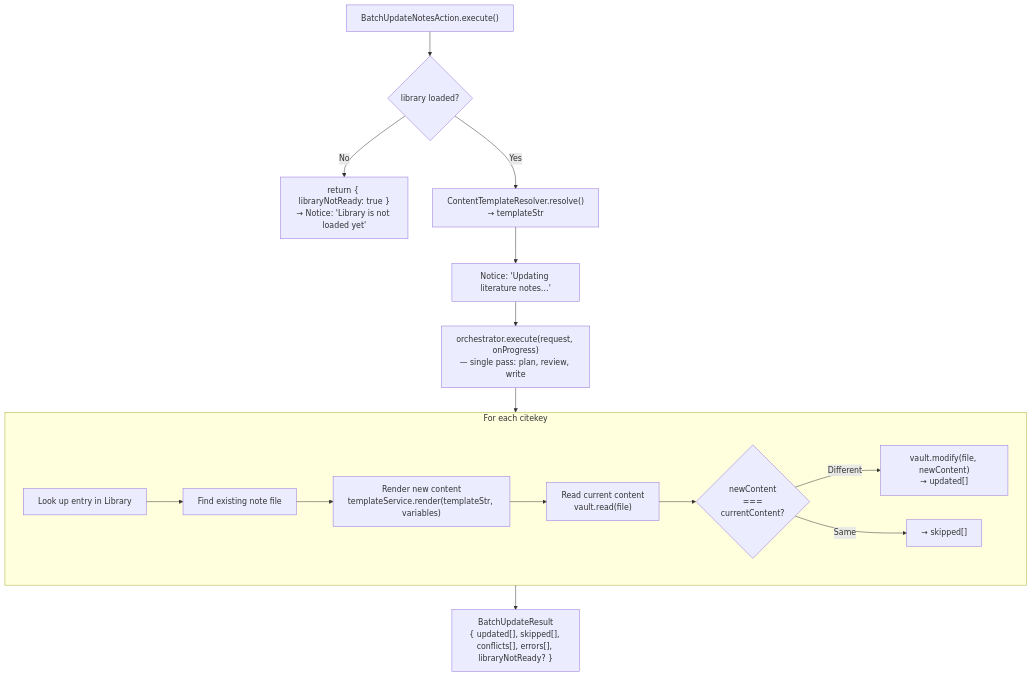
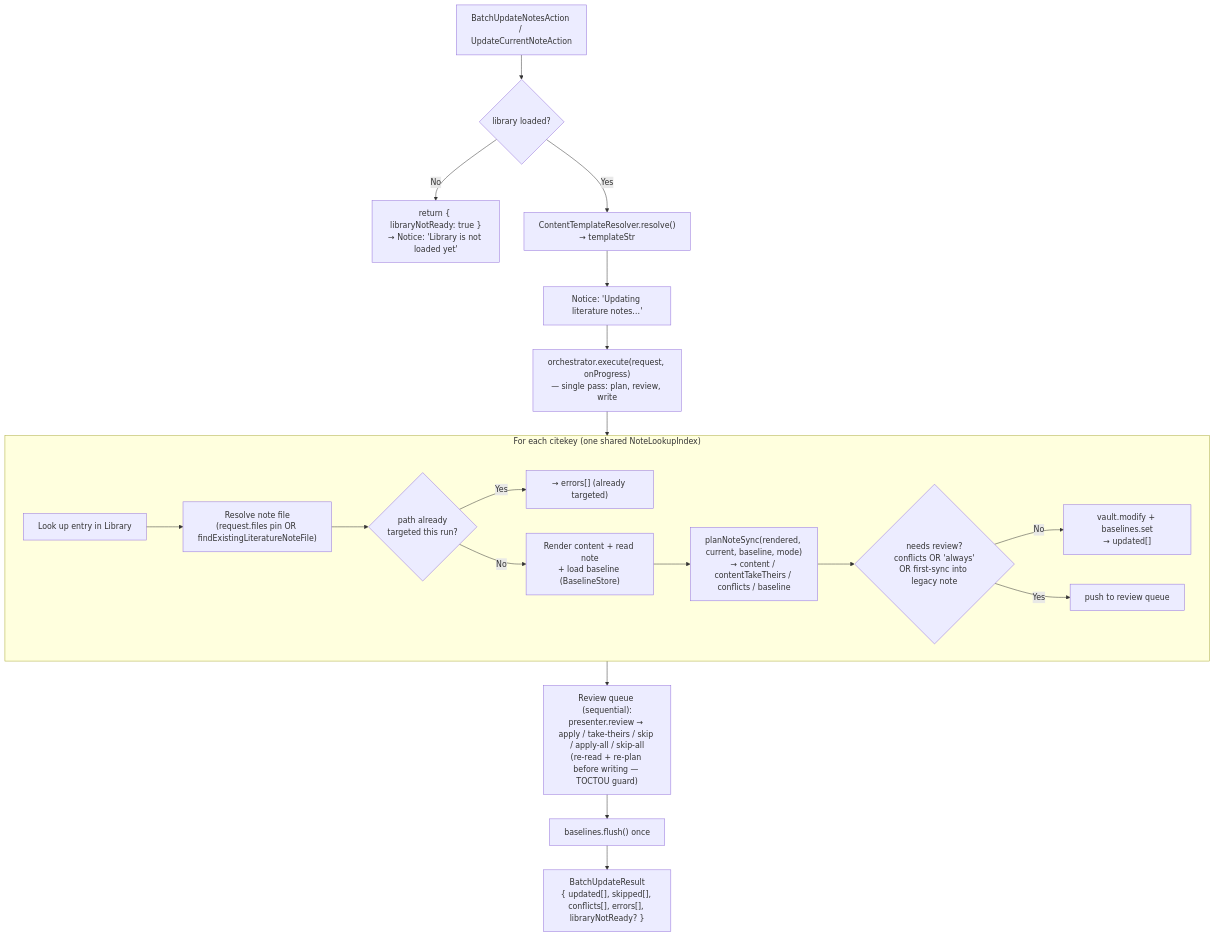
One commit to akhmialeuski/obsidian-citation-extended changed diagram 18 of 23 in docs/architecture.md. Above: the diagram before and after it, drawn with Mermaid. The commit also changed other lines of this file and 5 other files, not shown here.

First line of the commit message:
fix(notes): address diff-review findings — first-sync consent, review label, coverage, docs

````diff
--- a/docs/architecture.md
+++ b/docs/architecture.md
@@ -943,27 +948,32 @@
 ```mermaid
 flowchart TD
-    START["BatchUpdateNotesAction.execute()"]
+    START["BatchUpdateNotesAction / UpdateCurrentNoteAction"]
 
     START --> CHECK{"library loaded?"}
     CHECK -->|No| EARLY["return { libraryNotReady: true }\n→ Notice: 'Library is not loaded yet'"]
     CHECK -->|Yes| RESOLVE["ContentTemplateResolver.resolve()\n→ templateStr"]
     RESOLVE --> NOTIFY["Notice: 'Updating literature notes…'"]
     NOTIFY --> EXEC["orchestrator.execute(request, onProgress)\n— single pass: plan, review, write"]
 
-    subgraph Loop["For each citekey"]
+    subgraph Loop["For each citekey (one shared NoteLookupIndex)"]
         ENTRY["Look up entry in Library"]
-        FIND["Find existing note file"]
-        RENDER["Render new content\ntemplateService.render(templateStr, variables)"]
-        READ["Read current content\nvault.read(file)"]
-        DIFF{"newContent\n===\ncurrentContent?"}
-        WRITE["vault.modify(file, newContent)\n→ updated[]"]
-        SKIP["→ skipped[]"]
-
-        ENTRY --> FIND --> RENDER --> READ --> DIFF
-        DIFF -->|Different| WRITE
-        DIFF -->|Same| SKIP
+        FIND["Resolve note file\n(request.files pin OR findExistingLiteratureNoteFile)"]
+        SEEN{"path already\ntargeted this run?"}
+        RENDER["Render content + read note\n+ load baseline (BaselineStore)"]
+        PLAN["planNoteSync(rendered, current, baseline, mode)\n→ content / contentTakeTheirs / conflicts / baseline"]
+        DECIDE{"needs review?\nconflicts OR 'always'\nOR first-sync into legacy note"}
+        WRITE["vault.modify + baselines.set\n→ updated[]"]
+        QUEUE["push to review queue"]
+        SEEN -->|Yes| ERR["→ errors[] (already targeted)"]
+        SEEN -->|No| RENDER
+        ENTRY --> FIND --> SEEN
+        RENDER --> PLAN --> DECIDE
+        DECIDE -->|No| WRITE
+        DECIDE -->|Yes| QUEUE
     end
 
     EXEC --> Loop
-    Loop --> RESULT["BatchUpdateResult\n{ updated[], skipped[], conflicts[], errors[], libraryNotReady? }"]
+    Loop --> REVIEW["Review queue (sequential):\npresenter.review → apply / take-theirs / skip / apply-all / skip-all\n(re-read + re-plan before writing — TOCTOU guard)"]
+    REVIEW --> FLUSH["baselines.flush() once"]
+    FLUSH --> RESULT["BatchUpdateResult\n{ updated[], skipped[], conflicts[], errors[], libraryNotReady? }"]
 ```
````
